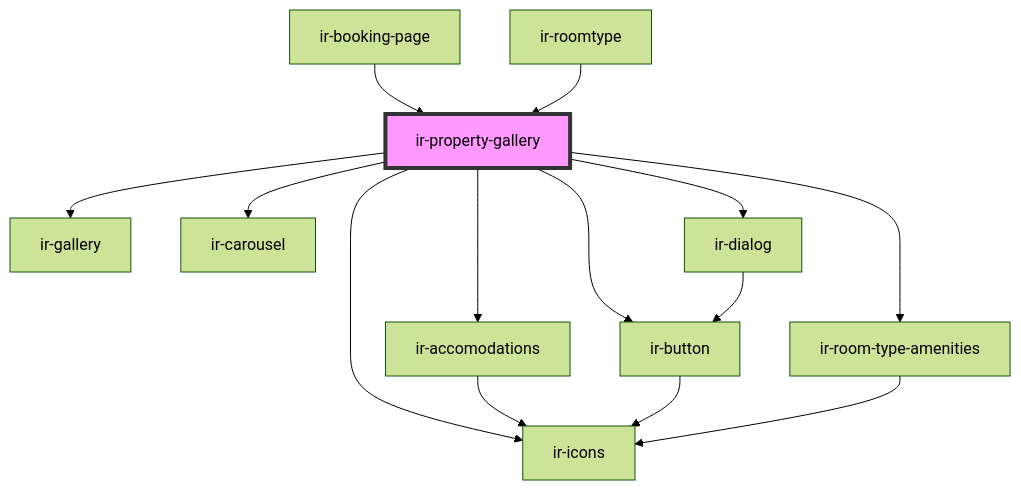
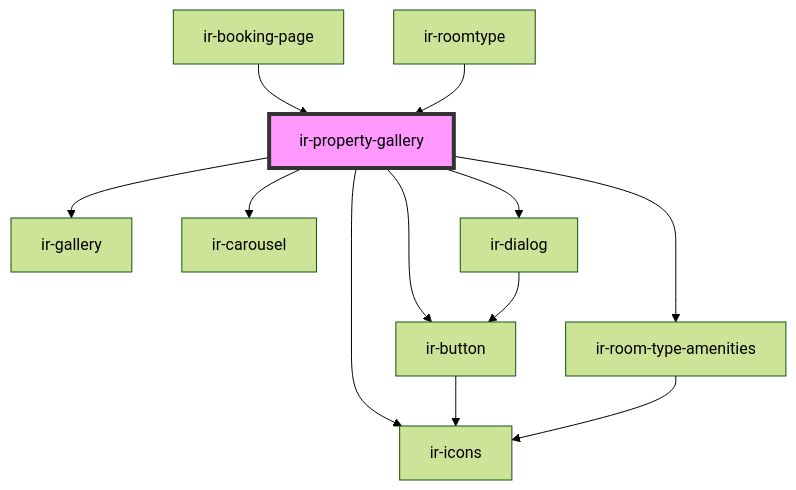
One commit to RonyRizk/ir-be changed the diagram in src/components/ir-booking-engine/ir-booking-page/ir-property-gallery/readme.md. Above: the diagram before and after it, drawn with Mermaid (forest theme). The commit also changed other lines of this file and 144 other files, not shown here.

````diff
--- a/src/components/ir-booking-engine/ir-booking-page/ir-property-gallery/readme.md
+++ b/src/components/ir-booking-engine/ir-booking-page/ir-property-gallery/readme.md
@@ -34,17 +33,15 @@
 ```mermaid
 graph TD;
   ir-property-gallery --> ir-icons
   ir-property-gallery --> ir-gallery
-  ir-property-gallery --> ir-accomodations
   ir-property-gallery --> ir-carousel
+  ir-property-gallery --> ir-dialog
   ir-property-gallery --> ir-button
-  ir-property-gallery --> ir-dialog
   ir-property-gallery --> ir-room-type-amenities
-  ir-accomodations --> ir-icons
+  ir-dialog --> ir-button
   ir-button --> ir-icons
-  ir-dialog --> ir-button
   ir-room-type-amenities --> ir-icons
   ir-booking-page --> ir-property-gallery
   ir-roomtype --> ir-property-gallery
   style ir-property-gallery fill:#f9f,stroke:#333,stroke-width:4px
 ```
````
